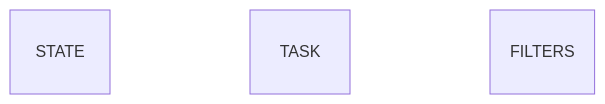
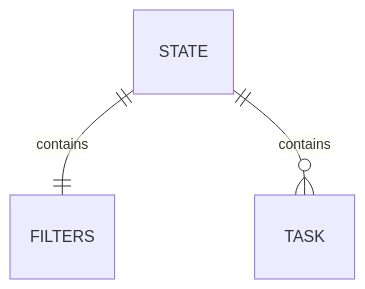
One commit to StefanSchutte/STESCH302_FTO2308_GroupA2_Stefan-Schutte_DWA changed the diagram in DWA_Part_1/DWA_03_Documentation/README.md. Above: the diagram before and after it, drawn with Mermaid. The commit also changed 1 other file, not shown here.

Commit message:
completed_2

````diff
--- a/DWA_Part_1/DWA_03_Documentation/README.md
+++ b/DWA_Part_1/DWA_03_Documentation/README.md
@@ -35,8 +35,9 @@
 ```mermaid
 erDiagram
     STATE
     TASK
     FILTERS
     
-    
+    STATE ||--|| FILTERS: contains
+STATE ||--o{ TASK: contains
 ```
````
